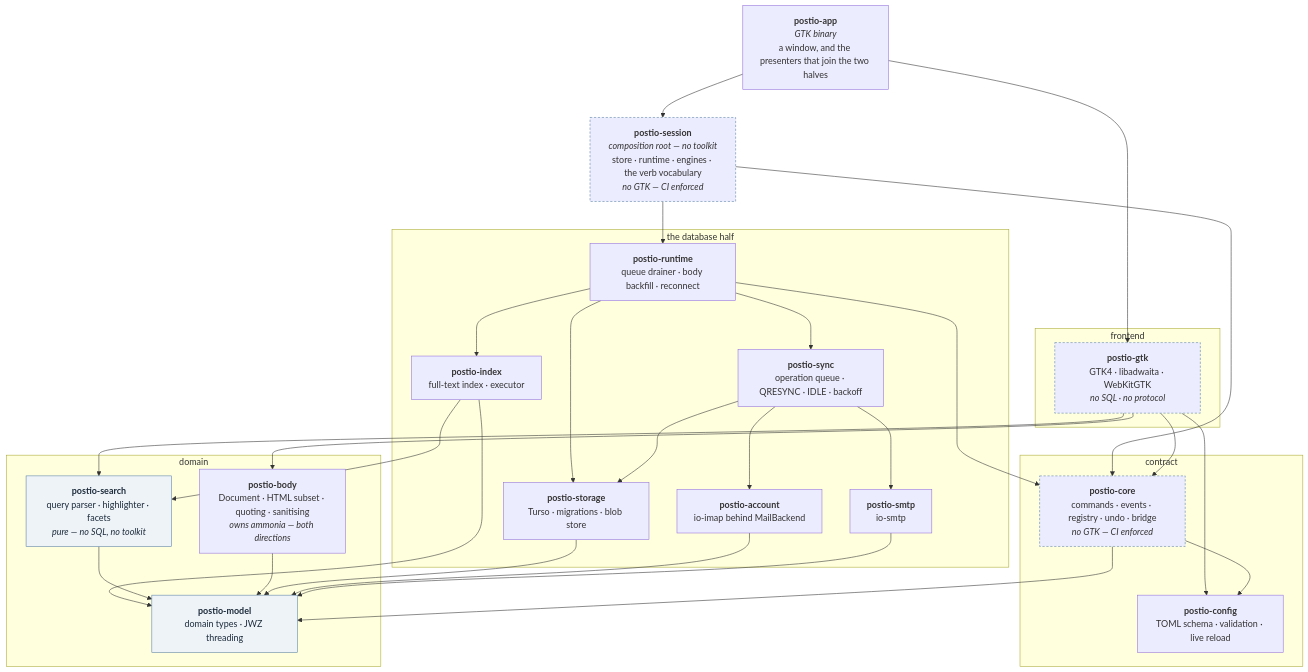
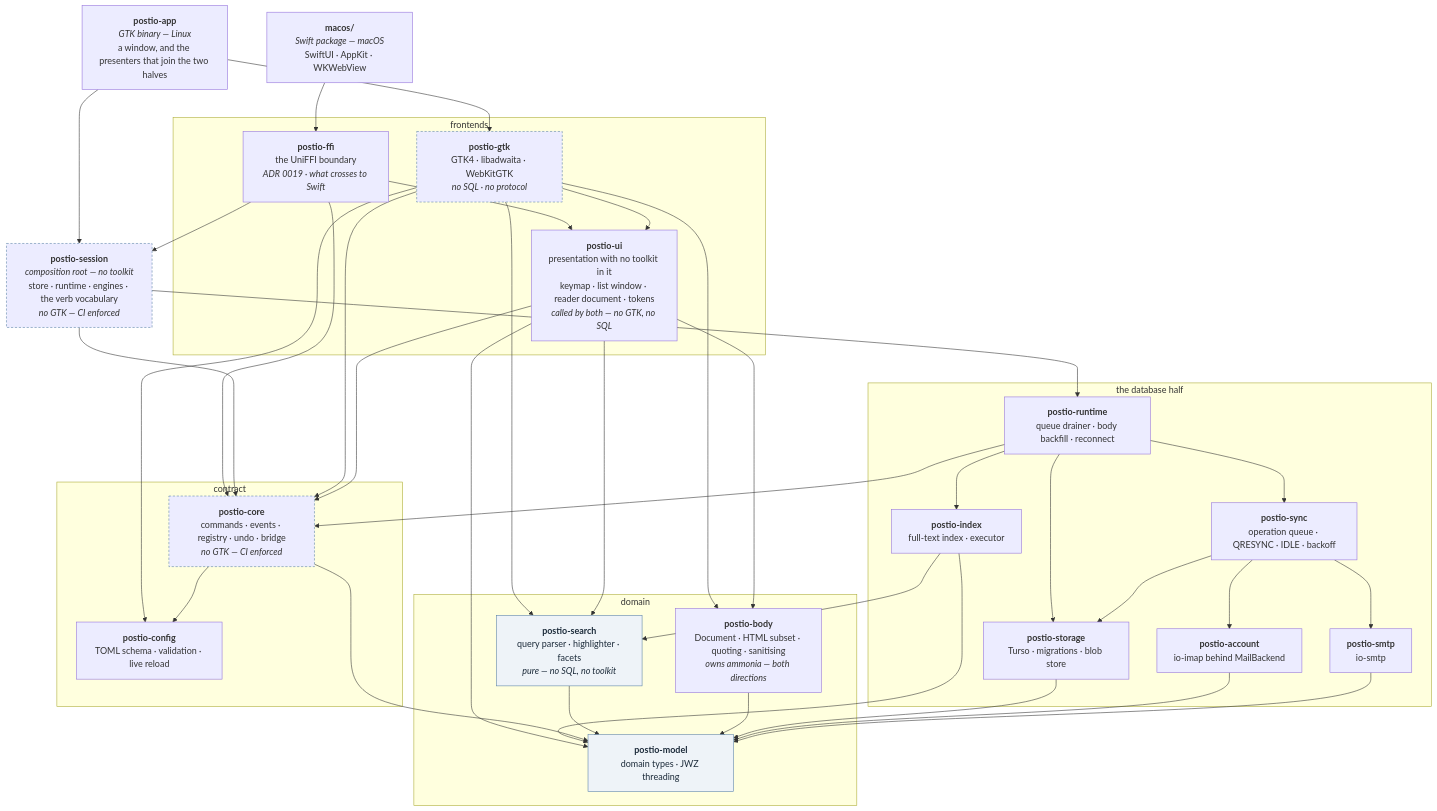
One commit to dlapiduz/postio changed the diagram in docs/ARCHITECTURE.md. Above: the diagram before and after it, drawn with Mermaid. The commit also changed other lines of this file and 5 other files, not shown here.

````diff
--- a/docs/ARCHITECTURE.md
+++ b/docs/ARCHITECTURE.md
@@ -16,59 +16,71 @@
 ```mermaid
 graph TD
-    app["<b>postio-app</b><br/><i>GTK binary</i><br/>a window, and the presenters that join the two halves"]
+    app["<b>postio-app</b><br/><i>GTK binary — Linux</i><br/>a window, and the presenters that join the two halves"]
+    mac["<b>macos/</b><br/><i>Swift package — macOS</i><br/>SwiftUI · AppKit · WKWebView"]
     session["<b>postio-session</b><br/><i>composition root — no toolkit</i><br/>store · runtime · engines · the verb vocabulary<br/><i>no GTK — CI enforced</i>"]
 
-    subgraph view ["frontend"]
+    subgraph view ["frontends"]
         gtk["<b>postio-gtk</b><br/>GTK4 · libadwaita · WebKitGTK<br/><i>no SQL · no protocol</i>"]
+        ffi["<b>postio-ffi</b><br/>the UniFFI boundary<br/><i>ADR 0019 · what crosses to Swift</i>"]
+        ui["<b>postio-ui</b><br/>presentation with no toolkit in it<br/>keymap · list window · reader document · tokens<br/><i>called by both — no GTK, no SQL</i>"]
     end
 
     subgraph engine ["the database half"]
         runtime["<b>postio-runtime</b><br/>queue drainer · body backfill · reconnect"]
         sync["<b>postio-sync</b><br/>operation queue · QRESYNC · IDLE · backoff"]
         imap["<b>postio-account</b><br/>io-imap behind MailBackend"]
         smtp["<b>postio-smtp</b><br/>io-smtp"]
         storage["<b>postio-storage</b><br/>Turso · migrations · blob store"]
         index["<b>postio-index</b><br/>full-text index · executor"]
     end
 
     subgraph contract ["contract"]
         core["<b>postio-core</b><br/>commands · events · registry · undo · bridge<br/><i>no GTK — CI enforced</i>"]
         config["<b>postio-config</b><br/>TOML schema · validation · live reload"]
     end
 
     subgraph domain ["domain"]
         search["<b>postio-search</b><br/>query parser · highlighter · facets<br/><i>pure — no SQL, no toolkit</i>"]
         body["<b>postio-body</b><br/>Document · HTML subset · quoting · sanitising<br/><i>owns ammonia — both directions</i>"]
         model["<b>postio-model</b><br/>domain types · JWZ threading"]
     end
 
     app --> session
     app --> gtk
+    mac --> ffi
+    ffi --> session
+    ffi --> ui
+    ffi --> core
     session --> runtime
     session --> core
+    gtk --> ui
     gtk --> core
     gtk --> search
     gtk --> body
     gtk --> config
+    ui --> core
+    ui --> search
+    ui --> body
+    ui --> model
     runtime --> sync
     runtime --> index
     runtime --> core
     runtime --> storage
     sync --> imap
     sync --> smtp
     sync --> storage
     index --> search
     index --> model
     core --> config
     core --> model
     search --> model
     body --> model
     storage --> model
     imap --> model
     smtp --> model
 
     classDef pure fill:#eef3f8,stroke:#5980a6,color:#1c2b3a
     classDef guard stroke-dasharray:4 3,stroke:#5980a6
     class model,search pure
     class core,gtk,session guard
 ```
````
